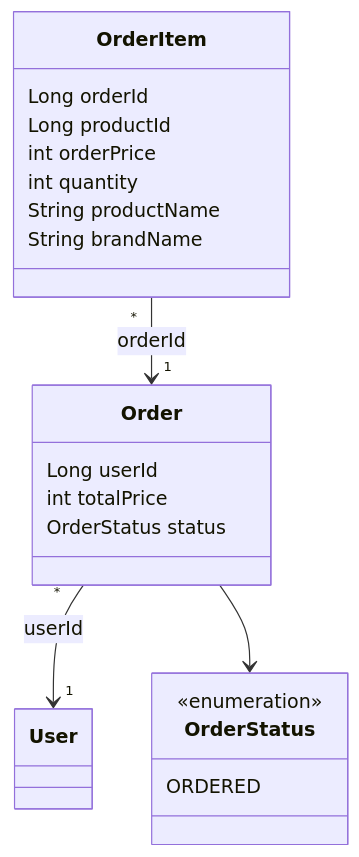
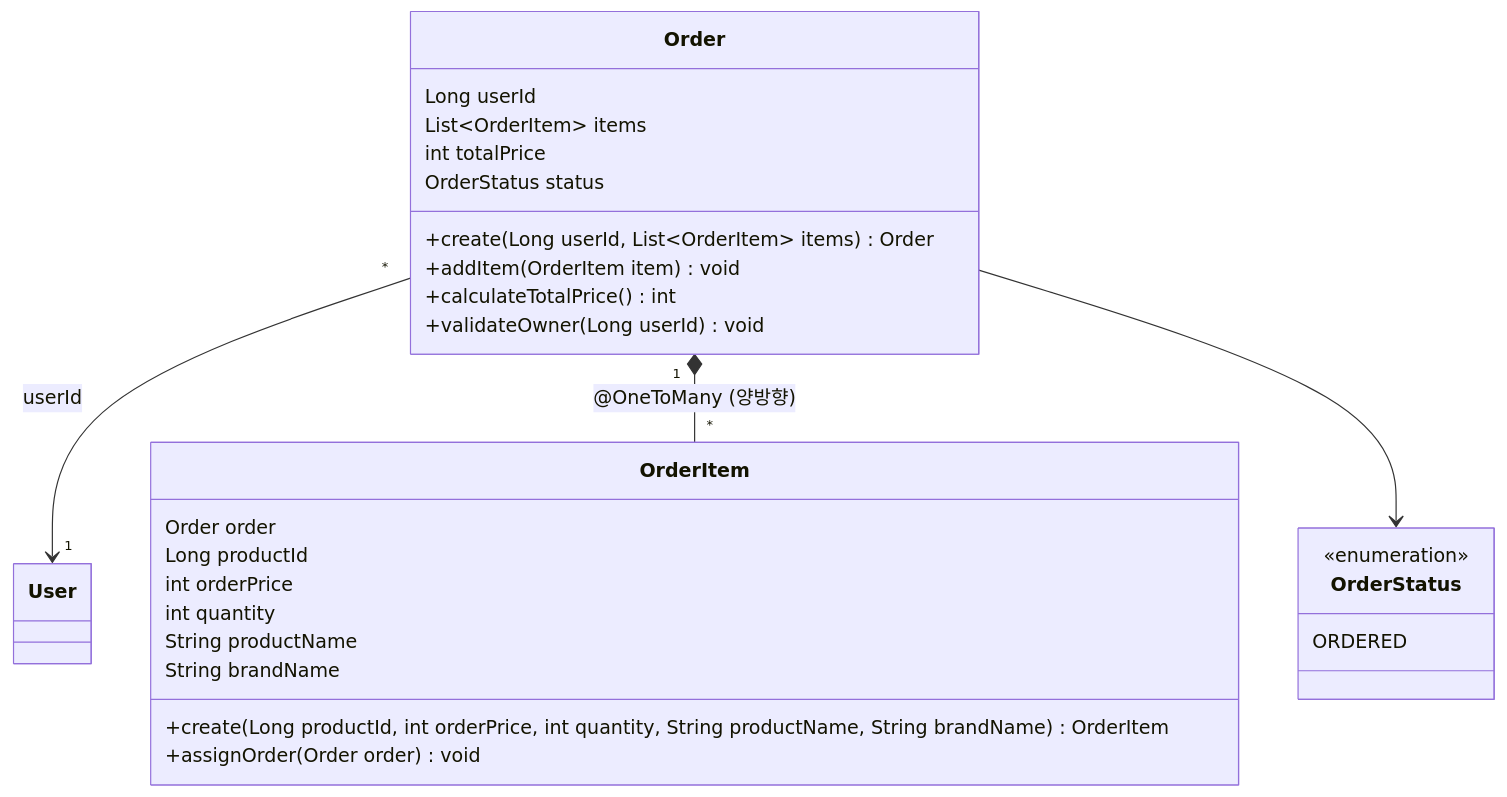
Before and after one commit to plan11plan/loop-pack-be-l2-vol3-java: the second of 3 diagrams in docs/design/order/DESIGN.md, drawn with Mermaid. The commit also changed other lines of this file and 1 other file, not shown here.

Commit message:
docs: Order-OrderItem 양방향 연관관계 설계 문서 업데이트

````diff
--- a/docs/design/order/DESIGN.md
+++ b/docs/design/order/DESIGN.md
@@ -142,26 +147,33 @@
 ```mermaid
 classDiagram
     class Order {
         Long userId
+        List~OrderItem~ items
         int totalPrice
         OrderStatus status
+        +create(Long userId, List~OrderItem~ items) Order
+        +addItem(OrderItem item) void
+        +calculateTotalPrice() int
+        +validateOwner(Long userId) void
     }
 
     class OrderItem {
-        Long orderId
+        Order order
         Long productId
         int orderPrice
         int quantity
         String productName
         String brandName
+        +create(Long productId, int orderPrice, int quantity, String productName, String brandName) OrderItem
+        +assignOrder(Order order) void
     }
 
     class OrderStatus {
         <<enumeration>>
         ORDERED
     }
 
     Order "*" --> "1" User : userId
-    OrderItem "*" --> "1" Order : orderId
+    Order "1" *-- "*" OrderItem : @OneToMany (양방향)
     Order --> OrderStatus
 ```
````
